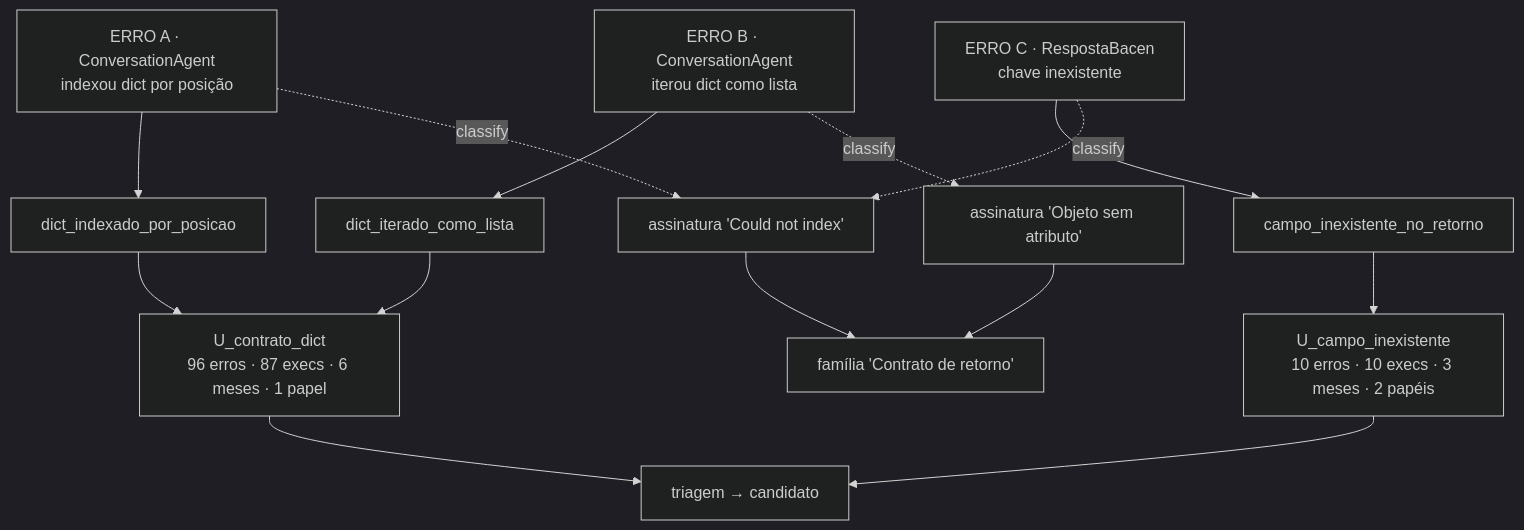
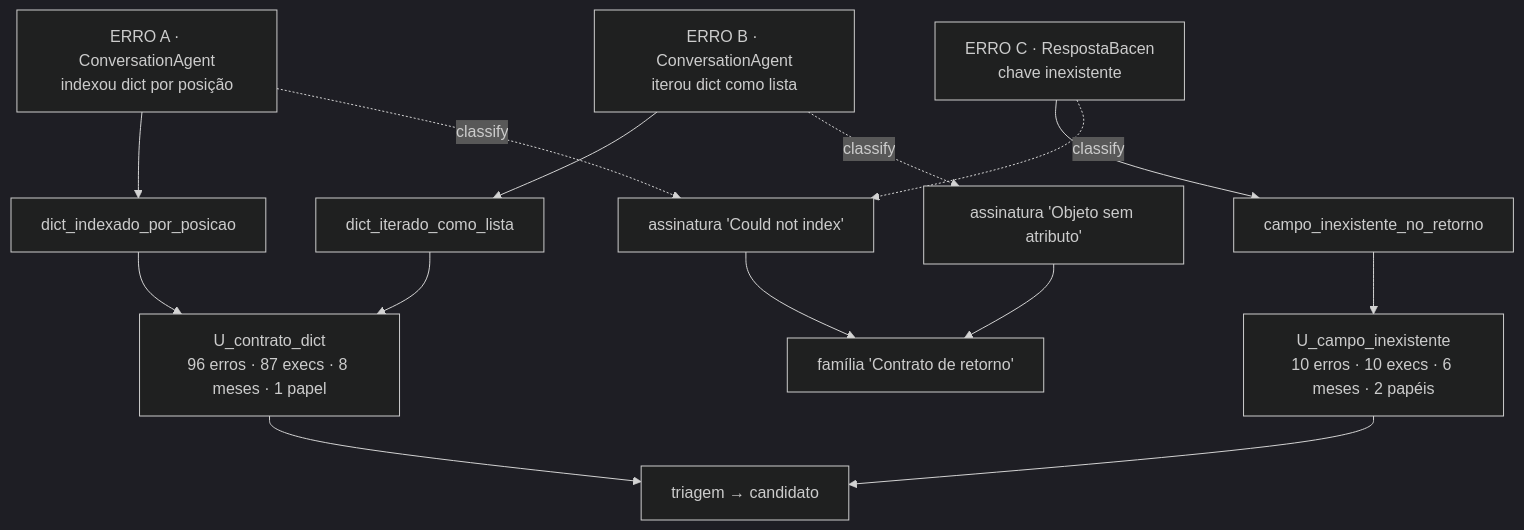
One commit to rc-ventura/memory_layer_ai_agents changed the second of 2 diagrams in analysis/2026-09-trace-law-flow/docs/09-metodologia-erro-a-memoria.md. Above: the diagram before and after it, drawn with Mermaid (dark theme). The commit also changed other lines of this file and 37 other files, not shown here.

````diff
--- a/analysis/2026-09-trace-law-flow/docs/09-metodologia-erro-a-memoria.md
+++ b/analysis/2026-09-trace-law-flow/docs/09-metodologia-erro-a-memoria.md
@@ -168,18 +168,18 @@
 ```mermaid
 flowchart TD
     EA["ERRO A · ConversationAgent<br/>indexou dict por posição"] --> MEC1["dict_indexado_por_posicao"]
     EB["ERRO B · ConversationAgent<br/>iterou dict como lista"] --> MEC2["dict_iterado_como_lista"]
     EC["ERRO C · RespostaBacen<br/>chave inexistente"] --> MEC3["campo_inexistente_no_retorno"]
 
     EA -.->|"classify"| SIG1["assinatura 'Could not index'"]
     EC -.->|"classify"| SIG1
     EB -.->|"classify"| SIG2["assinatura 'Objeto sem atributo'"]
     SIG1 --> FAM["família 'Contrato de retorno'"]
     SIG2 --> FAM
 
-    MEC1 --> U1["U_contrato_dict<br/>96 erros · 87 execs · 6 meses · 1 papel"]
+    MEC1 --> U1["U_contrato_dict<br/>96 erros · 87 execs · 8 meses · 1 papel"]
     MEC2 --> U1
-    MEC3 --> U2["U_campo_inexistente<br/>10 erros · 10 execs · 3 meses · 2 papéis"]
+    MEC3 --> U2["U_campo_inexistente<br/>10 erros · 10 execs · 6 meses · 2 papéis"]
     U1 --> DEC["triagem → candidato"]
     U2 --> DEC
 ```
````
